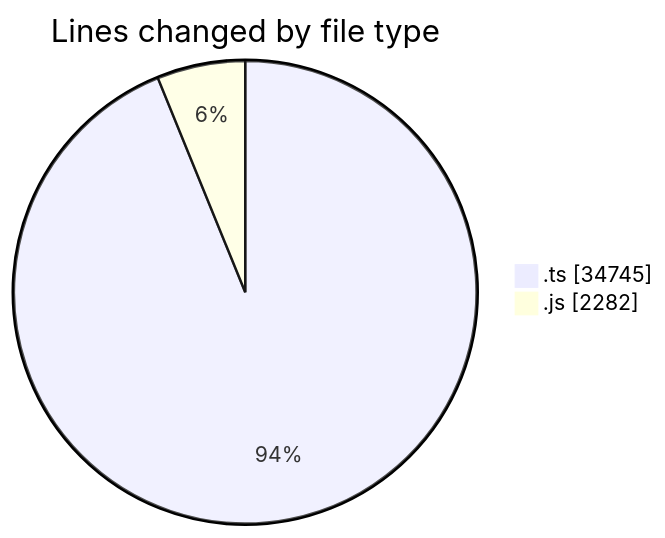
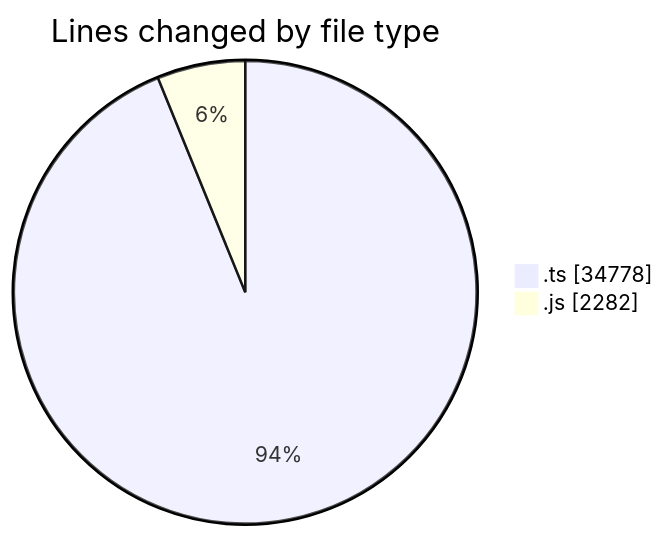
One commit to momahboobian/code-tracking changed the first of 2 diagrams in 2025-06-26/cda/README.md. Above: the diagram before and after it, drawn with Mermaid. The commit also changed other lines of this file and 1 other file, not shown here.

````diff
--- a/2025-06-26/cda/README.md
+++ b/2025-06-26/cda/README.md
@@ -36,6 +36,6 @@
 ```mermaid
 pie showData
 title Lines changed by file type
-".ts" : 34745
+".ts" : 34778
 ".js" : 2282
 ```
````
